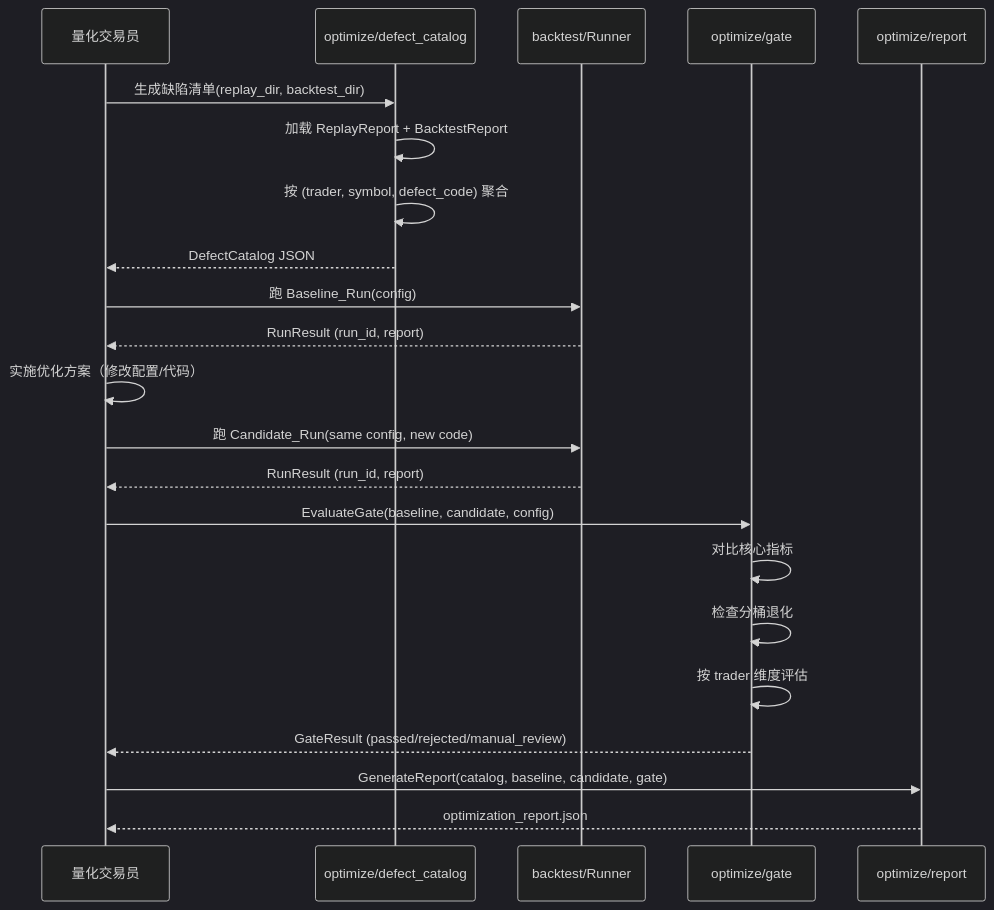
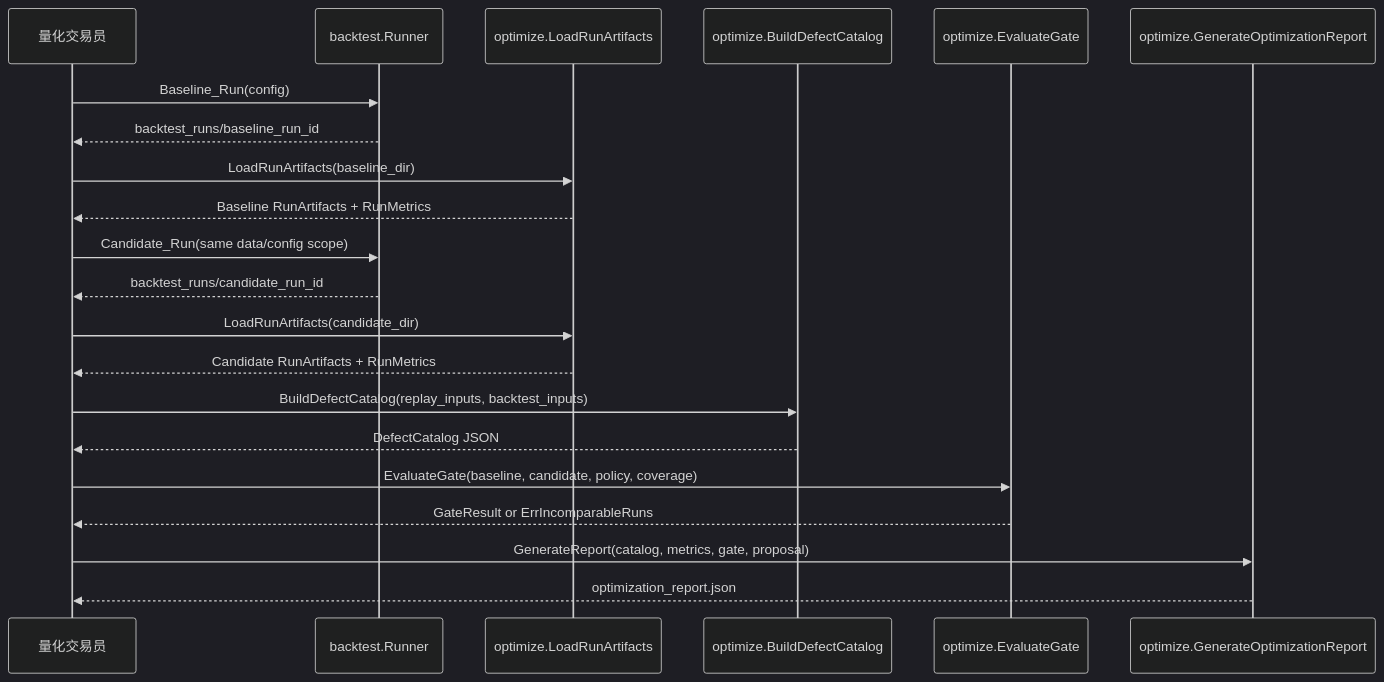
Before and after one commit to xdengpao/nofx: the second of 3 diagrams in .kiro/specs/programmatic-chanlun-profit-optimization/design.md, drawn with Mermaid (dark theme). The commit also changed other lines of this file and 34 other files, not shown here.

````diff
--- a/.kiro/specs/programmatic-chanlun-profit-optimization/design.md
+++ b/.kiro/specs/programmatic-chanlun-profit-optimization/design.md
@@ -427,30 +730,28 @@
 ```mermaid
 sequenceDiagram
     participant User as 量化交易员
-    participant Diag as optimize/defect_catalog
-    participant BT as backtest/Runner
-    participant Gate as optimize/gate
-    participant Report as optimize/report
+    participant BT as backtest.Runner
+    participant ART as optimize.LoadRunArtifacts
+    participant Diag as optimize.BuildDefectCatalog
+    participant Gate as optimize.EvaluateGate
+    participant Report as optimize.GenerateOptimizationReport
 
-    User->>Diag: 生成缺陷清单(replay_dir, backtest_dir)
-    Diag->>Diag: 加载 ReplayReport + BacktestReport
-    Diag->>Diag: 按 (trader, symbol, defect_code) 聚合
+    User->>BT: Baseline_Run(config)
+    BT-->>User: backtest_runs/baseline_run_id
+    User->>ART: LoadRunArtifacts(baseline_dir)
+    ART-->>User: Baseline RunArtifacts + RunMetrics
+
+    User->>BT: Candidate_Run(same data/config scope)
+    BT-->>User: backtest_runs/candidate_run_id
+    User->>ART: LoadRunArtifacts(candidate_dir)
+    ART-->>User: Candidate RunArtifacts + RunMetrics
+
+    User->>Diag: BuildDefectCatalog(replay_inputs, backtest_inputs)
     Diag-->>User: DefectCatalog JSON
 
-    User->>BT: 跑 Baseline_Run(config)
-    BT-->>User: RunResult (run_id, report)
+    User->>Gate: EvaluateGate(baseline, candidate, policy, coverage)
+    Gate-->>User: GateResult or ErrIncomparableRuns
 
-    User->>User: 实施优化方案（修改配置/代码）
-
-    User->>BT: 跑 Candidate_Run(same config, new code)
-    BT-->>User: RunResult (run_id, report)
-
-    User->>Gate: EvaluateGate(baseline, candidate, config)
-    Gate->>Gate: 对比核心指标
-    Gate->>Gate: 检查分桶退化
-    Gate->>Gate: 按 trader 维度评估
-    Gate-->>User: GateResult (passed/rejected/manual_review)
-
-    User->>Report: GenerateReport(catalog, baseline, candidate, gate)
+    User->>Report: GenerateReport(catalog, metrics, gate, proposal)
     Report-->>User: optimization_report.json
 ```
````
